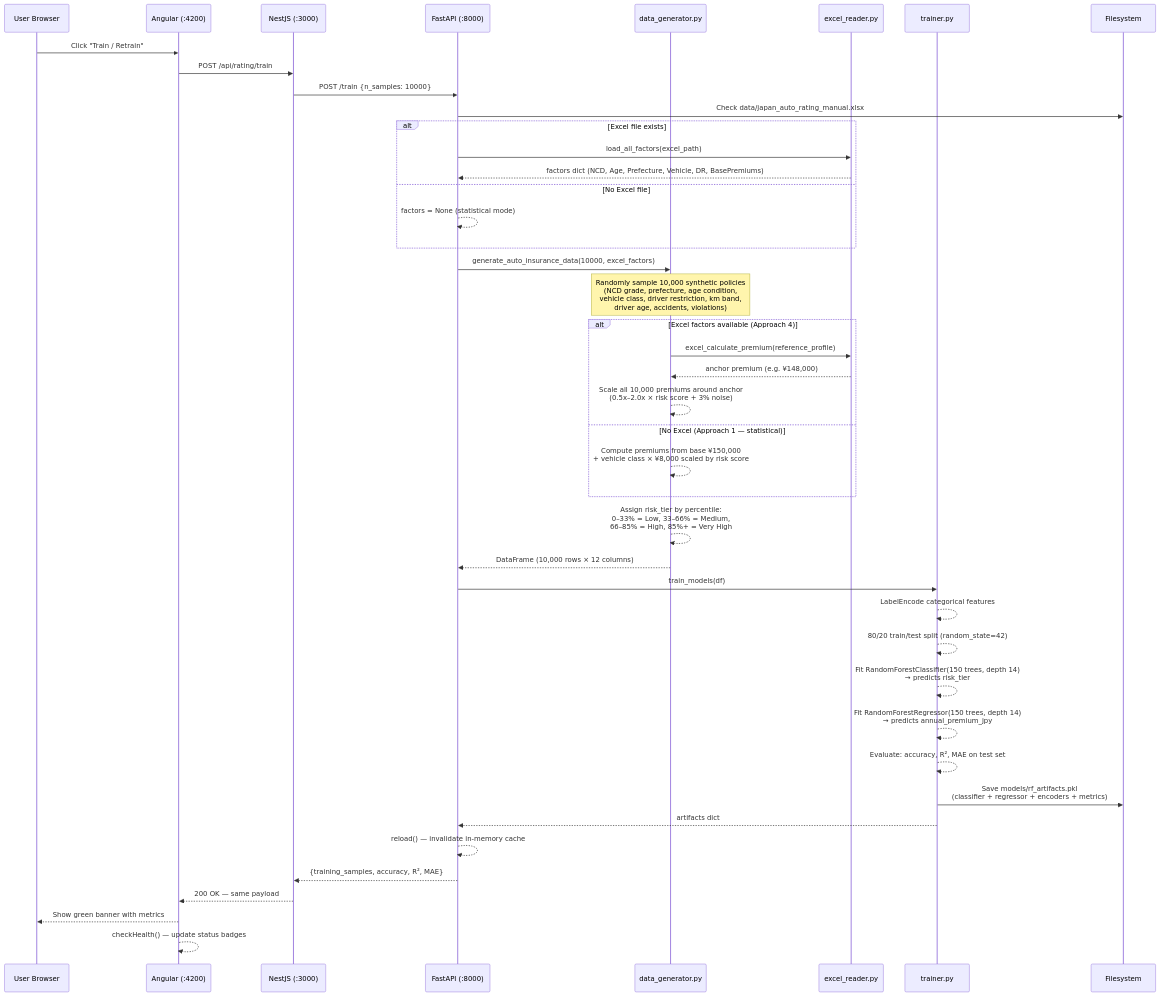
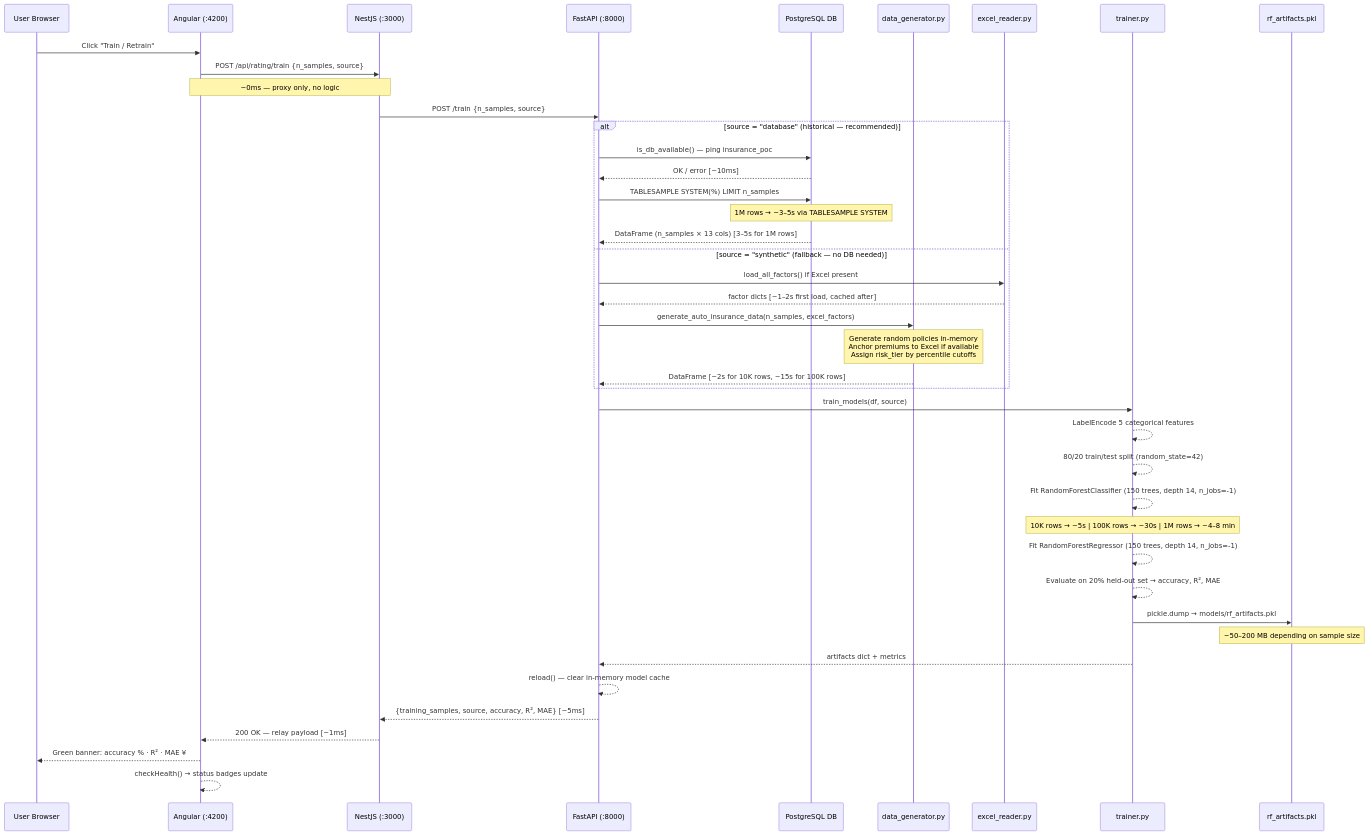
One commit to xiltepin/InsuranceAIPOCs changed the second of 5 diagrams in README.md. Above: the diagram before and after it, drawn with Mermaid. The commit also changed other lines of this file, not shown here.

Commit message:
issue/1: Update README diagrams — add DB path + timings to Train sequence, new component relationship flowchart

````diff
--- a/README.md
+++ b/README.md
@@ -1026,55 +1028,48 @@
 ```mermaid
 sequenceDiagram
     participant U as User Browser
     participant NG as Angular (:4200)
     participant NJ as NestJS (:3000)
     participant FA as FastAPI (:8000)
+    participant DB as PostgreSQL DB
     participant DG as data_generator.py
     participant EX as excel_reader.py
     participant TR as trainer.py
-    participant FS as Filesystem
+    participant PKL as rf_artifacts.pkl
 
     U->>NG: Click "Train / Retrain"
-    NG->>NJ: POST /api/rating/train
-    NJ->>FA: POST /train  {n_samples: 10000}
+    NG->>NJ: POST /api/rating/train  {n_samples, source}
+    note over NG,NJ: ~0ms — proxy only, no logic
+    NJ->>FA: POST /train  {n_samples, source}
 
-    FA->>FS: Check data/japan_auto_rating_manual.xlsx
-    alt Excel file exists
-        FA->>EX: load_all_factors(excel_path)
-        EX-->>FA: factors dict (NCD, Age, Prefecture, Vehicle, DR, BasePremiums)
-    else No Excel file
-        FA-->>FA: factors = None (statistical mode)
+    alt source = "database" (historical — recommended)
+        FA->>DB: is_db_available() — ping insurance_poc
+        DB-->>FA: OK / error  [~10ms]
+        FA->>DB: TABLESAMPLE SYSTEM(%) LIMIT n_samples
+        note over DB: 1M rows → ~3–5s via TABLESAMPLE SYSTEM
+        DB-->>FA: DataFrame (n_samples × 13 cols)  [3–5s for 1M rows]
+    else source = "synthetic" (fallback — no DB needed)
+        FA->>EX: load_all_factors() if Excel present
+        EX-->>FA: factor dicts  [~1–2s first load, cached after]
+        FA->>DG: generate_auto_insurance_data(n_samples, excel_factors)
+        note over DG: Generate random policies in-memory<br/>Anchor premiums to Excel if available<br/>Assign risk_tier by percentile cutoffs
+        DG-->>FA: DataFrame  [~2s for 10K rows, ~15s for 100K rows]
     end
 
-    FA->>DG: generate_auto_insurance_data(10000, excel_factors)
+    FA->>TR: train_models(df, source)
+    TR-->>TR: LabelEncode 5 categorical features
+    TR-->>TR: 80/20 train/test split (random_state=42)
+    TR-->>TR: Fit RandomForestClassifier (150 trees, depth 14, n_jobs=-1)
+    note over TR: 10K rows → ~5s | 100K rows → ~30s | 1M rows → ~4–8 min
+    TR-->>TR: Fit RandomForestRegressor (150 trees, depth 14, n_jobs=-1)
+    TR-->>TR: Evaluate on 20% held-out set → accuracy, R², MAE
+    TR->>PKL: pickle.dump → models/rf_artifacts.pkl
+    note over PKL: ~50–200 MB depending on sample size
+    TR-->>FA: artifacts dict + metrics
 
-    note over DG: Randomly sample 10,000 synthetic policies<br/>(NCD grade, prefecture, age condition,<br/>vehicle class, driver restriction, km band,<br/>driver age, accidents, violations)
-
-    alt Excel factors available (Approach 4)
-        DG->>EX: excel_calculate_premium(reference_profile)
-        EX-->>DG: anchor premium (e.g. ¥148,000)
-        DG-->>DG: Scale all 10,000 premiums around anchor<br/>(0.5x–2.0x × risk score + 3% noise)
-    else No Excel (Approach 1 — statistical)
-        DG-->>DG: Compute premiums from base ¥150,000<br/>+ vehicle class × ¥8,000 scaled by risk score
-    end
-
-    DG-->>DG: Assign risk_tier by percentile:<br/>0–33% = Low, 33–66% = Medium,<br/>66–85% = High, 85%+ = Very High
-
-    DG-->>FA: DataFrame (10,000 rows × 12 columns)
-
-    FA->>TR: train_models(df)
-    TR-->>TR: LabelEncode categorical features
-    TR-->>TR: 80/20 train/test split (random_state=42)
-    TR-->>TR: Fit RandomForestClassifier(150 trees, depth 14)<br/>→ predicts risk_tier
-    TR-->>TR: Fit RandomForestRegressor(150 trees, depth 14)<br/>→ predicts annual_premium_jpy
-    TR-->>TR: Evaluate: accuracy, R², MAE on test set
-
-    TR->>FS: Save models/rf_artifacts.pkl<br/>(classifier + regressor + encoders + metrics)
-    TR-->>FA: artifacts dict
-
-    FA-->>FA: reload() — invalidate in-memory cache
-    FA-->>NJ: {training_samples, accuracy, R², MAE}
-    NJ-->>NG: 200 OK — same payload
-    NG-->>U: Show green banner with metrics
-    NG-->>NG: checkHealth() — update status badges
+    FA-->>FA: reload() — clear in-memory model cache
+    FA-->>NJ: {training_samples, source, accuracy, R², MAE}  [~5ms]
+    NJ-->>NG: 200 OK — relay payload  [~1ms]
+    NG-->>U: Green banner: accuracy % · R² · MAE ¥
+    NG-->>NG: checkHealth() → status badges update
 ```
````
